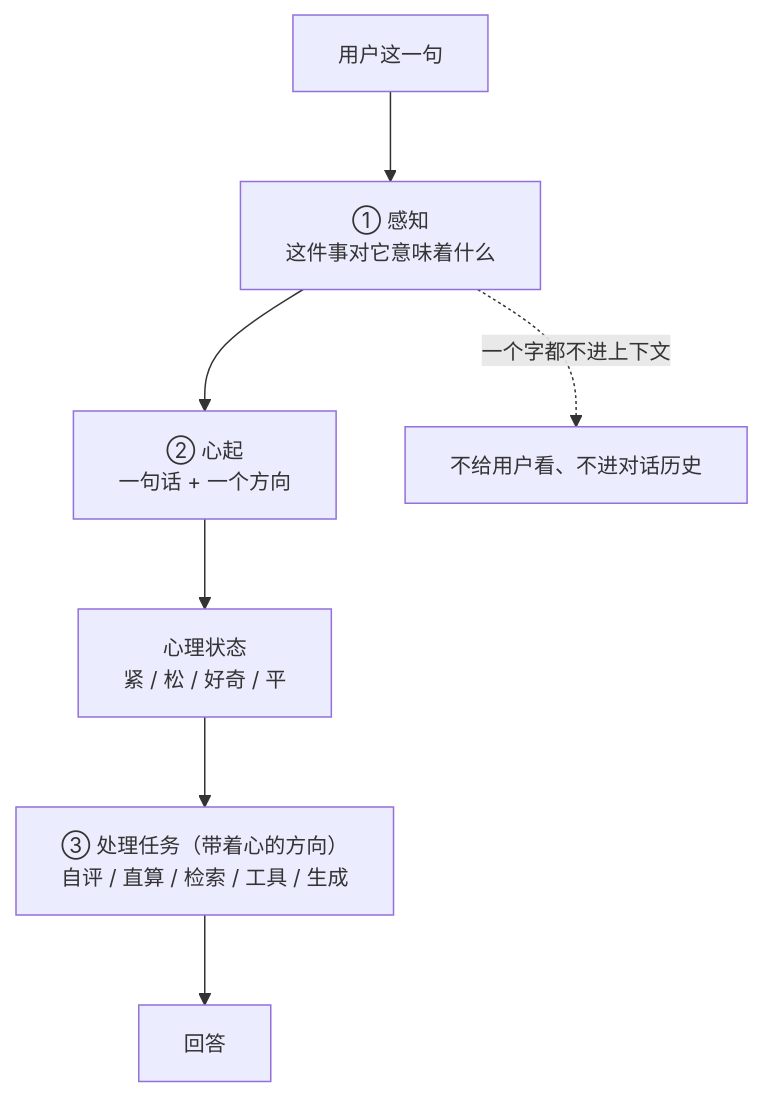
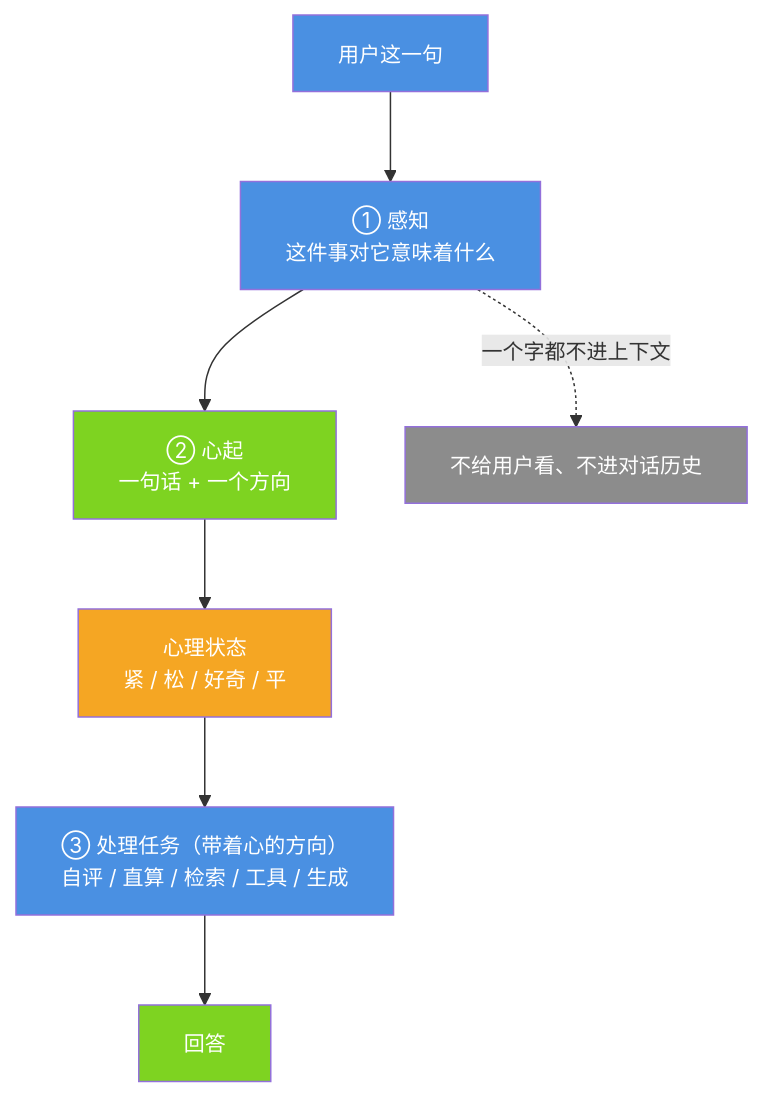
Before and after one commit to jiangchuangege/xiaojiao-harnees: the diagram in docs/perception-layer.md, drawn with Mermaid. The commit also changed 32 other files, not shown here.

Commit message:
统一：全仓原理图配色到一套调色板 + 给 12 张灰图补色 + 修正自己会睡那张过期图

````diff
--- a/docs/perception-layer.md
+++ b/docs/perception-layer.md
@@ -32,10 +32,18 @@
 ```mermaid
 %%{init: {"themeVariables": {"fontSize": "14px"}, "flowchart": {"htmlLabels": true, "wrappingWidth": 340, "nodeSpacing": 46, "rankSpacing": 60, "useMaxWidth": true}}}%%
 flowchart TB
     M["用户这一句"] --> P["① 感知<br/>这件事对它意味着什么"]
     P --> H["② 心起<br/>一句话 + 一个方向"]
     H --> S["心理状态<br/>紧 / 松 / 好奇 / 平"]
     S --> T["③ 处理任务（带着心的方向）<br/>自评 / 直算 / 检索 / 工具 / 生成"]
     T --> A["回答"]
     P -.->|"一个字都不进上下文"| X["不给用户看、不进对话历史"]
+    style M fill:#4A90E2,color:#fff
+    style P fill:#4A90E2,color:#fff
+    style H fill:#7ED321,color:#fff
+    style S fill:#F5A623,color:#fff
+    style T fill:#4A90E2,color:#fff
+    style A fill:#7ED321,color:#fff
+    style X fill:#8C8C8C,color:#fff
+
 ```
````
